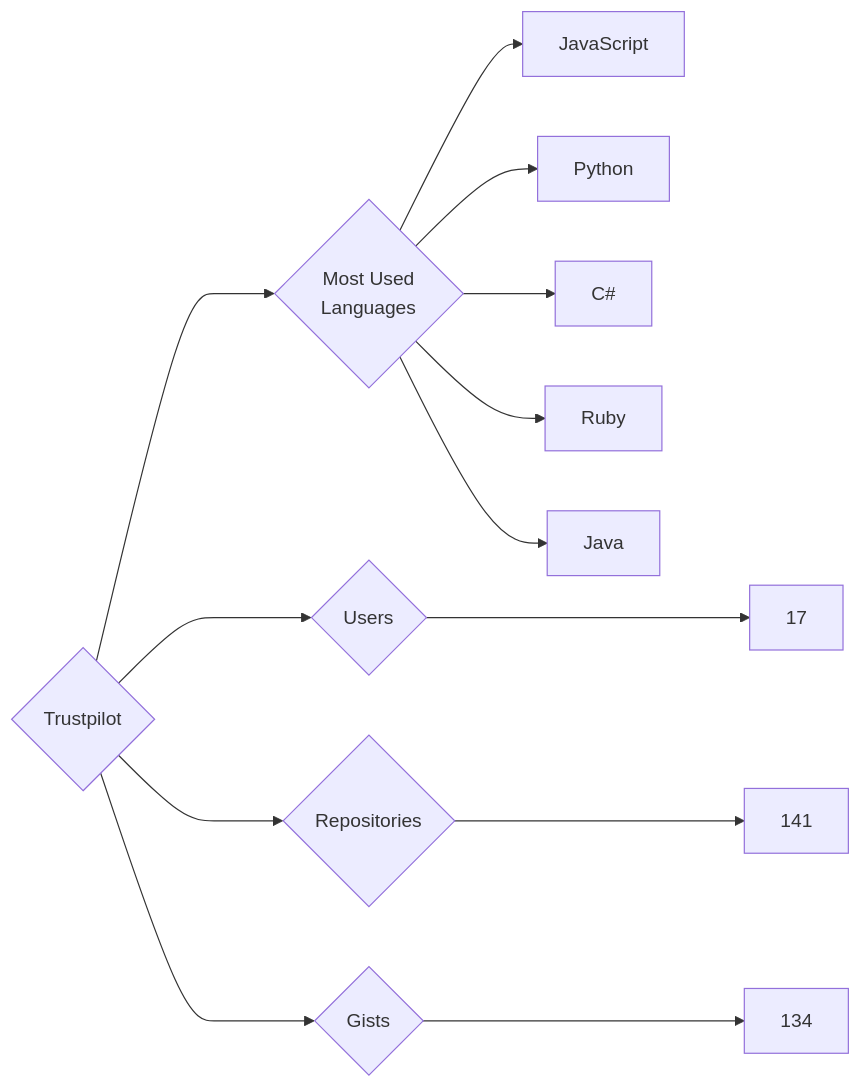
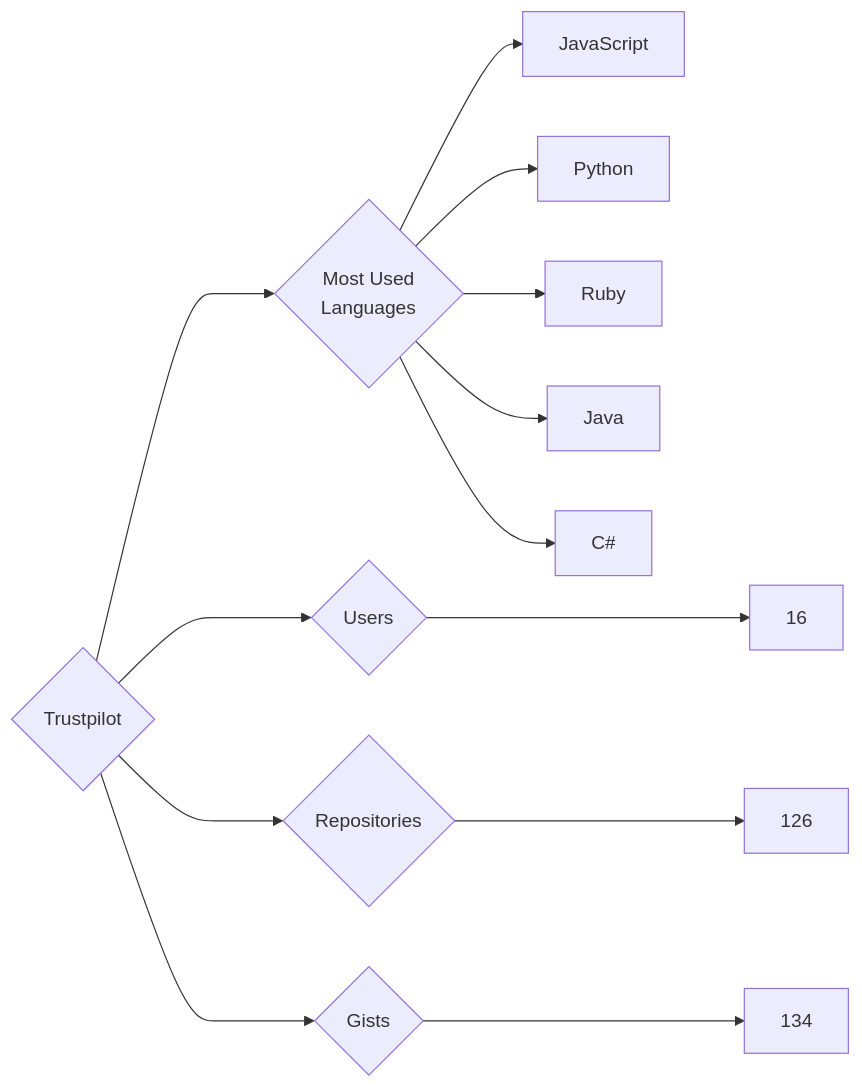
One commit to trickest/insiders changed the diagram in targets/Trustpilot/README.md. Above: the diagram before and after it, drawn with Mermaid. The commit also changed 682 other files, not shown here.

````diff
--- a/targets/Trustpilot/README.md
+++ b/targets/Trustpilot/README.md
@@ -3,13 +3,13 @@
 ```mermaid
 graph LR
 COMPANY_NAME{Trustpilot}
-COMPANY_NAME ---> U{Users} ---> UN[17]
-COMPANY_NAME ---> R{Repositories} ---> RN[141]
+COMPANY_NAME ---> U{Users} ---> UN[16]
+COMPANY_NAME ---> R{Repositories} ---> RN[126]
 COMPANY_NAME ---> G{Gists} ---> GN[134]
 COMPANY_NAME ---> ML{Most Used<br>Languages}
 ML --> JavaScript[JavaScript]
 ML --> Python[Python]
-ML --> C#[C#]
 ML --> Ruby[Ruby]
 ML --> Java[Java]
+ML --> C#[C#]
 ```
````
